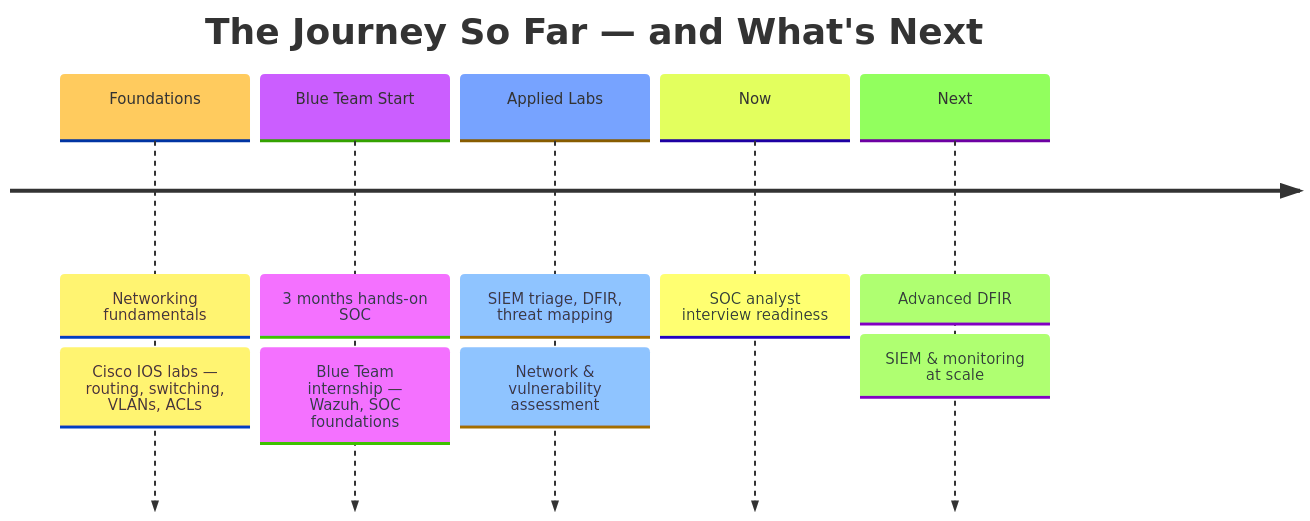
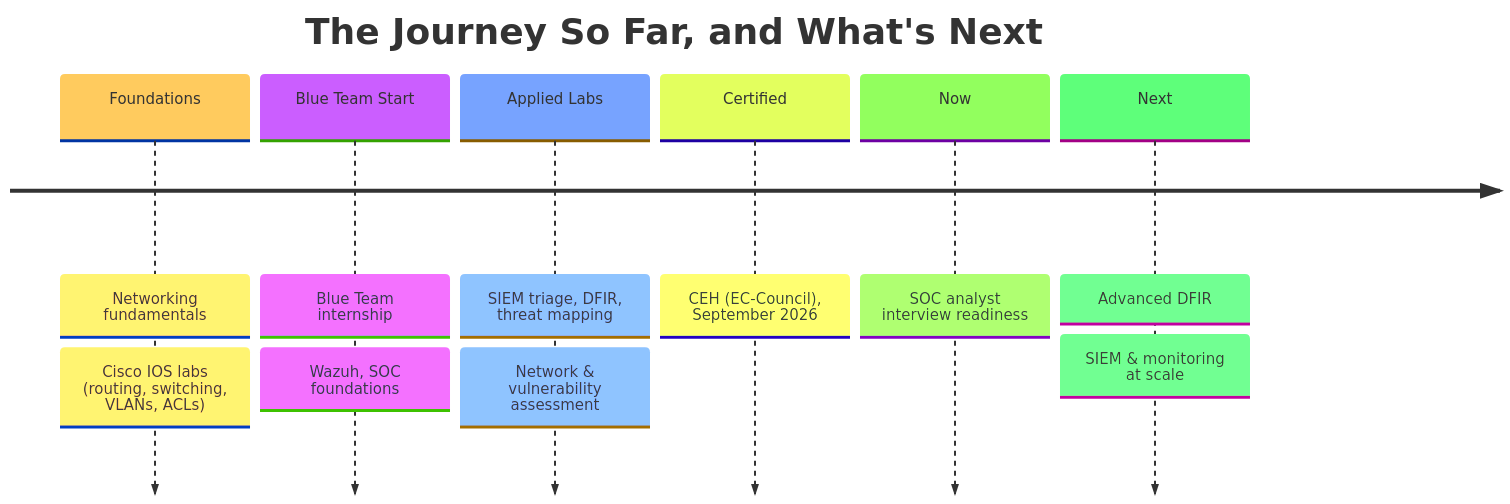
One commit to malaika-azhar/malaika-azhar changed the second of 2 diagrams in README.md. Above: the diagram before and after it, drawn with Mermaid. The commit also changed other lines of this file, not shown here.

````diff
--- a/README.md
+++ b/README.md
@@ -170,10 +196,11 @@
 ```mermaid
 %%{init: {'theme': 'base', 'themeVariables': {'fontSize': '15px'}, 'timeline': {'disableMulticolor': false}}}%%
 timeline
-    title The Journey So Far — and What's Next
-    Foundations : Networking fundamentals : Cisco IOS labs — routing, switching, VLANs, ACLs
-    Blue Team Start : 3 months hands-on SOC : Blue Team internship — Wazuh, SOC foundations
+    title The Journey So Far, and What's Next
+    Foundations : Networking fundamentals : Cisco IOS labs (routing, switching, VLANs, ACLs)
+    Blue Team Start : Blue Team internship : Wazuh, SOC foundations
     Applied Labs : SIEM triage, DFIR, threat mapping : Network & vulnerability assessment
+    Certified : CEH (EC-Council), September 2026
     Now : SOC analyst interview readiness
     Next : Advanced DFIR : SIEM & monitoring at scale
 ```
````
